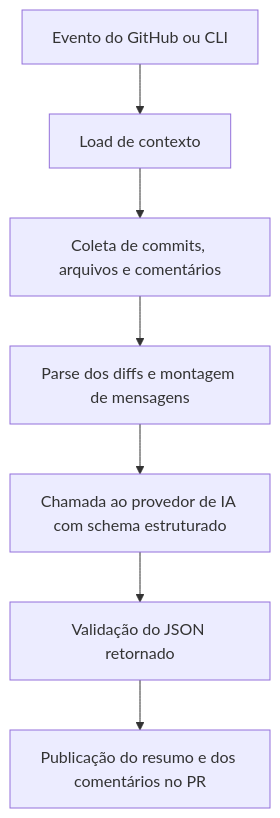
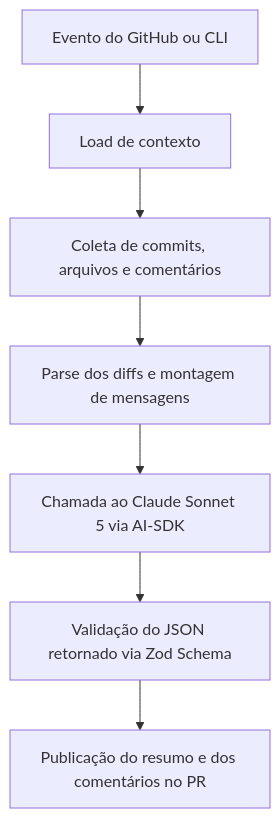
Before and after one commit to thallesasv/pullRequestCodeReview: the diagram in DOCUMENTACAO.md, drawn with Mermaid. The commit also changed other lines of this file, not shown here.

Commit message:
docs: update documentation for AI model integration and architecture overview

````diff
--- a/DOCUMENTACAO.md
+++ b/DOCUMENTACAO.md
@@ -15,9 +15,10 @@
 ```mermaid
 flowchart TD
   A[Evento do GitHub ou CLI] --> B[Load de contexto]
   B --> C[Coleta de commits, arquivos e comentários]
   C --> D[Parse dos diffs e montagem de mensagens]
-  D --> E[Chamada ao provedor de IA com schema estruturado]
-  E --> F[Validação do JSON retornado]
+  D --> E[Chamada ao Claude Sonnet 5 via AI-SDK]
+  E --> F[Validação do JSON retornado via Zod Schema]
   F --> G[Publicação do resumo e dos comentários no PR]
+
 ```
````
